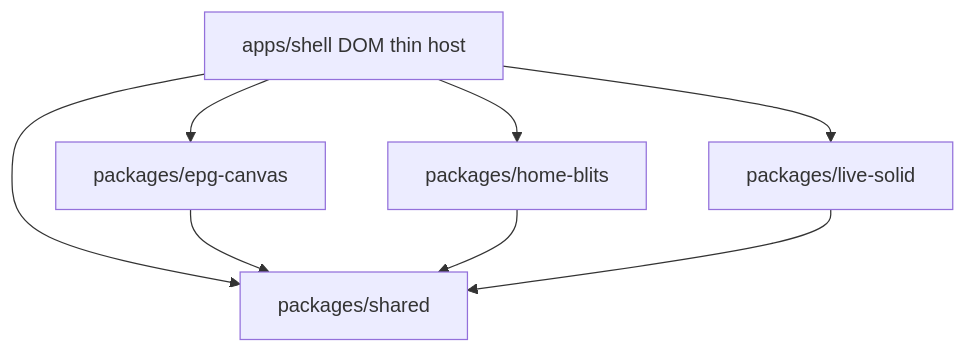
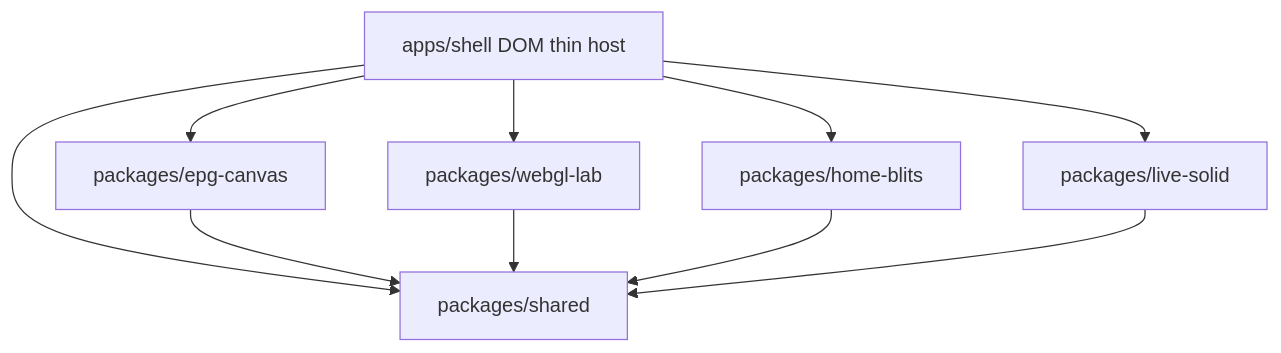
The first of 2 diagrams in _bmad-output/planning-artifacts/architecture/architecture-tv-products-2026-07-22/ARCHITECTURE-SPINE.md (phongtrieungo/tv-study-shell), drawn with Mermaid before and after one commit. The commit also changed other lines of this file and 152 other files, not shown here.

````diff
--- a/_bmad-output/planning-artifacts/architecture/architecture-tv-products-2026-07-22/ARCHITECTURE-SPINE.md
+++ b/_bmad-output/planning-artifacts/architecture/architecture-tv-products-2026-07-22/ARCHITECTURE-SPINE.md
@@ -25,15 +25,18 @@
 ```mermaid
 flowchart TB
   shell[apps/shell DOM thin host]
   shared[packages/shared]
   epg[packages/epg-canvas]
+  webgl[packages/webgl-lab]
   home[packages/home-blits]
   live[packages/live-solid]
   shell --> shared
   epg --> shared
+  webgl --> shared
   home --> shared
   live --> shared
   shell --> epg
+  shell --> webgl
   shell --> home
   shell --> live
 ```
````
